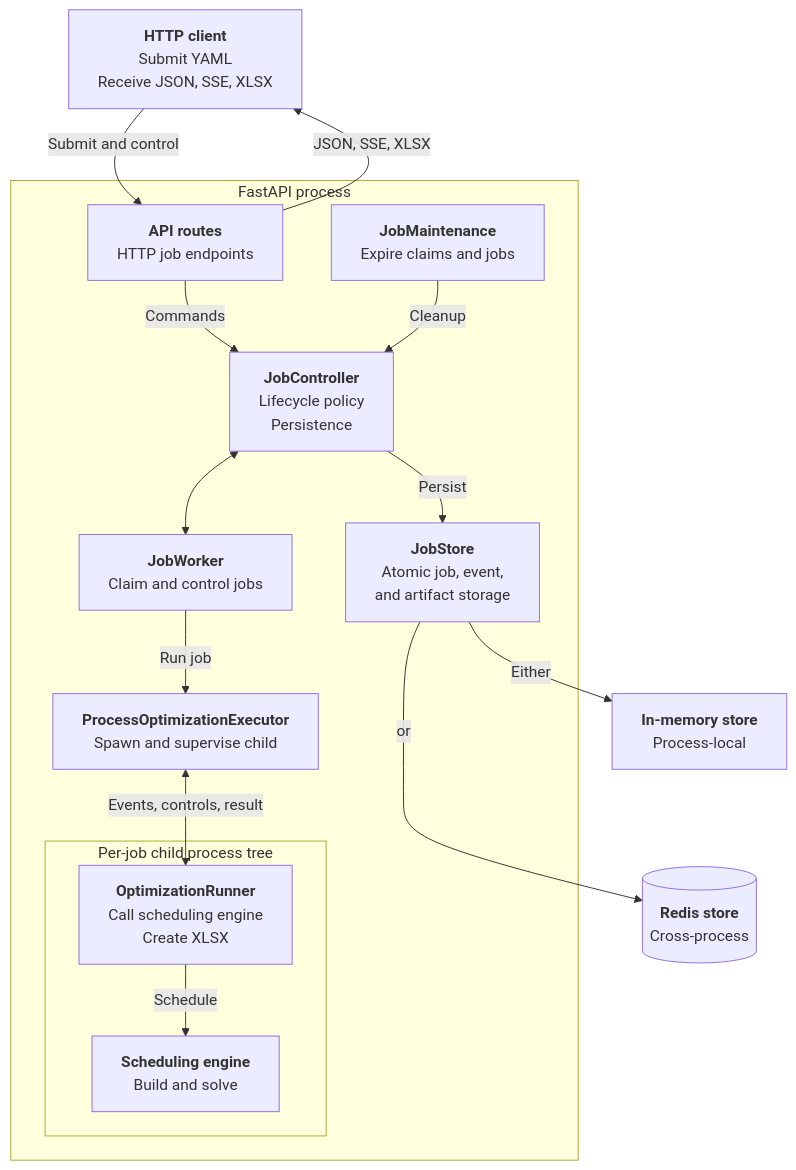
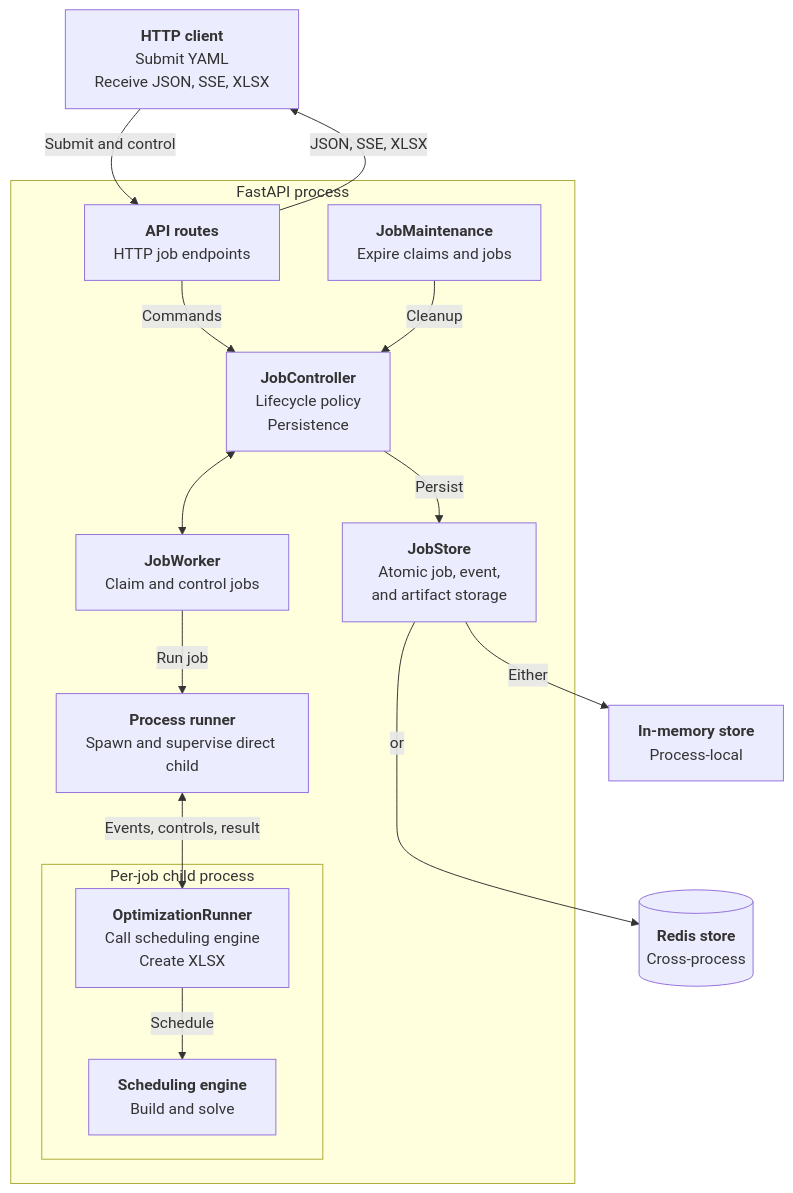
One commit to j3soon/nurse-scheduling changed the first of 2 diagrams in docs/backend-server.md. Above: the diagram before and after it, drawn with Mermaid. The commit also changed other lines of this file and 15 other files, not shown here.

First line of the commit message:
refactor(core/serve): simplify optimization process supervision

````diff
--- a/docs/backend-server.md
+++ b/docs/backend-server.md
@@ -34,34 +34,34 @@
 ```mermaid
 flowchart TB
     Client[<b>HTTP client</b><br/>Submit YAML<br/>Receive JSON, SSE, XLSX]
 
     subgraph Process[FastAPI process]
         API[<b>API routes</b><br/>HTTP job endpoints]
         Controller[<b>JobController</b><br/>Lifecycle policy<br/>Persistence]
         Worker[<b>JobWorker</b><br/>Claim and control jobs]
-        Executor[<b>ProcessOptimizationExecutor</b><br/>Spawn and supervise child]
+        Executor[<b>Process runner</b><br/>Spawn and supervise direct child]
         Store[<b>JobStore</b><br/>Atomic job, event,<br/>and artifact storage]
         Maintenance[<b>JobMaintenance</b><br/>Expire claims and jobs]
 
-        subgraph Child[Per-job child process tree]
+        subgraph Child[Per-job child process]
             Runner[<b>OptimizationRunner</b><br/>Call scheduling engine<br/>Create XLSX]
             Engine[<b>Scheduling engine</b><br/>Build and solve]
         end
     end
 
     Memory[<b>In-memory store</b><br/>Process-local]
     Redis[(<b>Redis store</b><br/>Cross-process)]
 
     Client -->|Submit and control| API
     API -->|JSON, SSE, XLSX| Client
     API -->|Commands| Controller
     Controller <--> Worker
     Worker -->|Run job| Executor
     Executor <-->|Events, controls, result| Runner
     Runner -->|Schedule| Engine
     Controller -->|Persist| Store
     Maintenance -->|Cleanup| Controller
     Store -->|Either| Memory
     Store -->|or| Redis
     Memory ~~~ Redis
 ```
````
